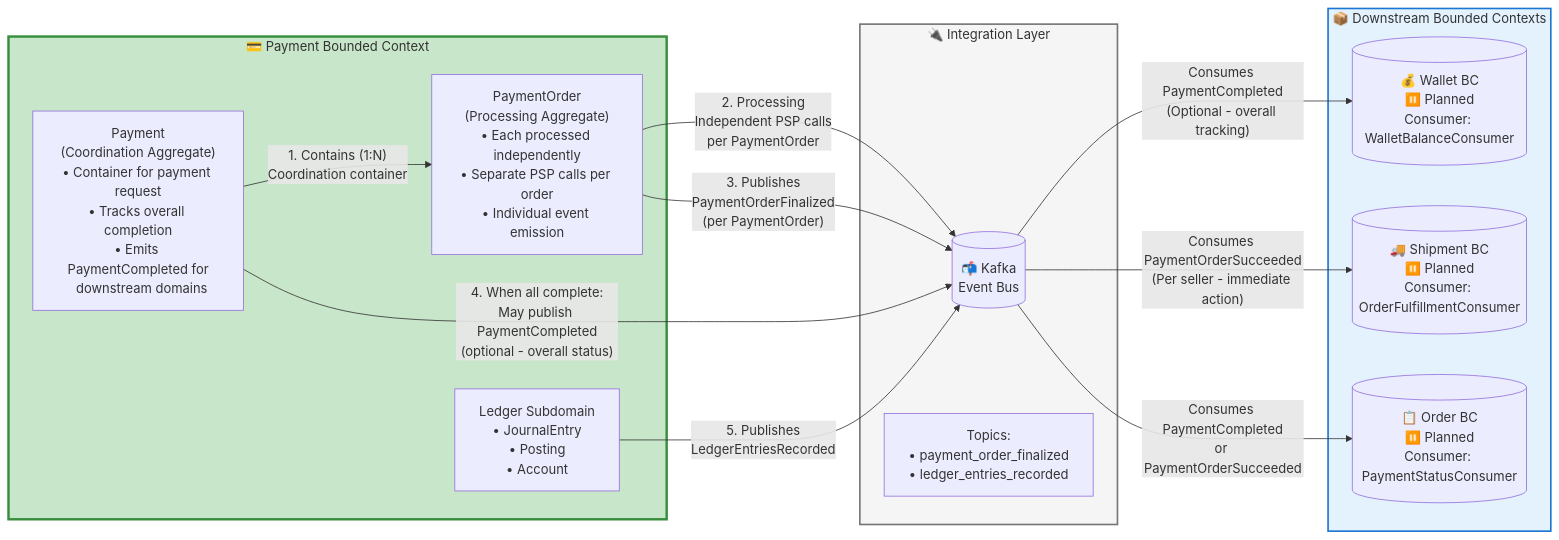
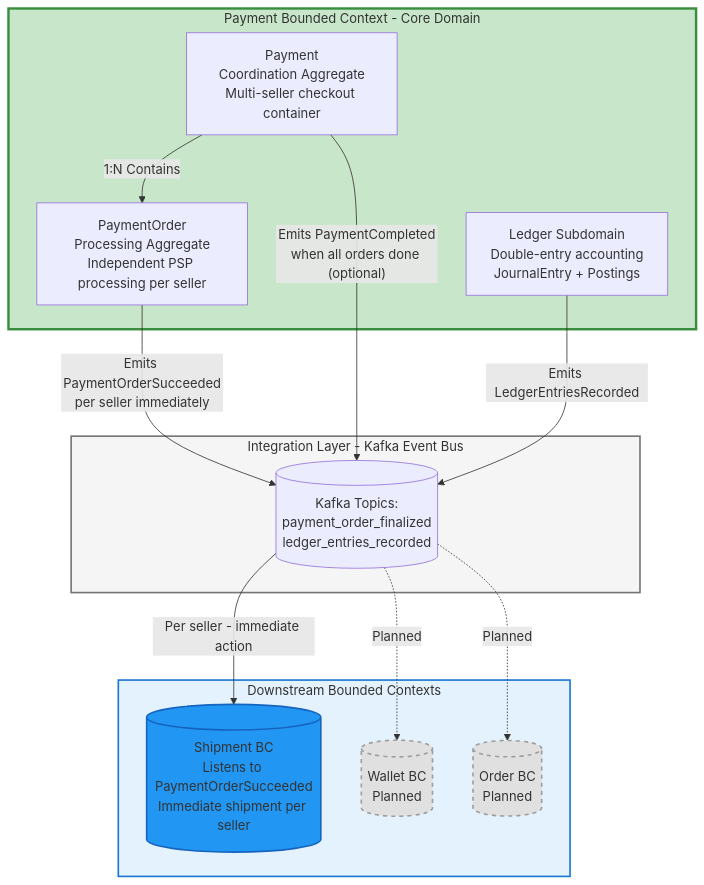
Before and after one commit to dcaglar/ecommerce-platform-kotlin: the second of 8 diagrams in docs/architecture-internal-reader.md, drawn with Mermaid. The commit also changed other lines of this file and 2 other files, not shown here.

````diff
--- a/docs/architecture-internal-reader.md
+++ b/docs/architecture-internal-reader.md
@@ -160,38 +106,37 @@
 ```mermaid
 %%{init:{'theme':'default','flowchart':{'nodeSpacing':50,'rankSpacing':60}}}%%
-flowchart LR
+flowchart TB
     classDef payment fill:#4CAF50,stroke:#2E7D32,stroke-width:3px;
     classDef downstream fill:#2196F3,stroke:#1565C0,stroke-width:2px;
     classDef infrastructure fill:#9E9E9E,stroke:#616161,stroke-width:2px;
+    classDef planned fill:#E0E0E0,stroke:#9E9E9E,stroke-width:2px,stroke-dasharray: 5 5;
 
-    subgraph Payment_BC["💳 Payment Bounded Context"]
-        Payment_Agg["Payment<br/>(Coordination Aggregate)<br/>• Container for payment request<br/>• Tracks overall completion<br/>• Emits PaymentCompleted for<br/>  downstream domains"]
-        PaymentOrder_Agg["PaymentOrder<br/>(Processing Aggregate)<br/>• Each processed independently<br/>• Separate PSP calls per order<br/>• Individual event emission"]
-        Ledger_Subdomain["Ledger Subdomain<br/>• JournalEntry<br/>• Posting<br/>• Account"]
+    subgraph Payment_BC["Payment Bounded Context - Core Domain"]
+        Payment_Agg["Payment<br/>Coordination Aggregate<br/>Multi-seller checkout container"]
+        PaymentOrder_Agg["PaymentOrder<br/>Processing Aggregate<br/>Independent PSP processing per seller"]
+        Ledger_Subdomain["Ledger Subdomain<br/>Double-entry accounting<br/>JournalEntry + Postings"]
     end
 
-    subgraph Integration["🔌 Integration Layer"]
-        KAFKA[("📬 Kafka<br/>Event Bus")]
-        Topics["Topics:<br/>• payment_order_finalized<br/>• ledger_entries_recorded"]
+    subgraph Integration["Integration Layer - Kafka Event Bus"]
+        KAFKA[("Kafka Topics:<br/>payment_order_finalized<br/>ledger_entries_recorded")]
     end
 
-    subgraph Downstream_BCs["📦 Downstream Bounded Contexts"]
-        Wallet_BC[("💰 Wallet BC<br/>⏸️ Planned<br/>Consumer: WalletBalanceConsumer")]
-        Shipment_BC[("🚚 Shipment BC<br/>⏸️ Planned<br/>Consumer: OrderFulfillmentConsumer")]
-        Order_BC[("📋 Order BC<br/>⏸️ Planned<br/>Consumer: PaymentStatusConsumer")]
+    subgraph Downstream_BCs["Downstream Bounded Contexts"]
+        Shipment_BC[("Shipment BC<br/>Listens to PaymentOrderSucceeded<br/>Immediate shipment per seller")]:::downstream
+        Wallet_BC[("Wallet BC<br/>Planned")]:::planned
+        Order_BC[("Order BC<br/>Planned")]:::planned
     end
 
-    Payment_Agg -->|"1. Contains (1:N)<br/>Coordination container"| PaymentOrder_Agg
-    PaymentOrder_Agg -->|"2. Processing<br/>Independent PSP calls<br/>per PaymentOrder"| KAFKA
-    PaymentOrder_Agg -->|"3. Publishes<br/>PaymentOrderFinalized<br/>(per PaymentOrder)"| KAFKA
-    Payment_Agg -->|"4. When all complete:<br/>May publish PaymentCompleted<br/>(optional - overall status)"| KAFKA
-    Ledger_Subdomain -->|"5. Publishes<br/>LedgerEntriesRecorded"| KAFKA
+    Payment_Agg -->|"1:N Contains"| PaymentOrder_Agg
+    PaymentOrder_Agg -->|"Emits PaymentOrderSucceeded<br/>per seller immediately"| KAFKA
+    Payment_Agg -->|"Emits PaymentCompleted<br/>when all orders done (optional)"| KAFKA
+    Ledger_Subdomain -->|"Emits LedgerEntriesRecorded"| KAFKA
     
-    KAFKA -->|"Consumes PaymentOrderSucceeded<br/>(Per seller - immediate action)"| Shipment_BC
-    KAFKA -->|"Consumes PaymentCompleted<br/>(Optional - overall tracking)"| Wallet_BC
-    KAFKA -->|"Consumes PaymentCompleted<br/>or PaymentOrderSucceeded"| Order_BC
+    KAFKA -->|"Per seller - immediate action"| Shipment_BC
+    KAFKA -.->|"Planned"| Wallet_BC
+    KAFKA -.->|"Planned"| Order_BC
 
     style Payment_BC fill:#C8E6C9,stroke:#388E3C,stroke-width:3px
     style Integration fill:#F5F5F5,stroke:#757575,stroke-width:2px
     style Downstream_BCs fill:#E3F2FD,stroke:#1976D2,stroke-width:2px
 ```
````
